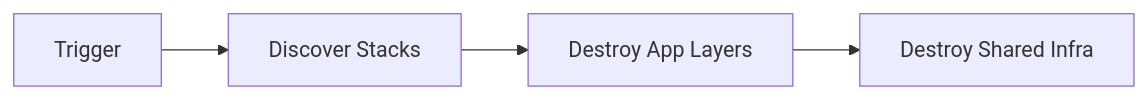
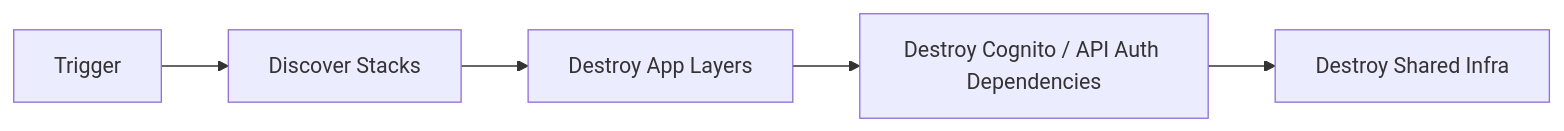
Before and after one commit to chrispsheehan/aws-serverless-github-deploy: the eighth of 8 diagrams in docs/ci/README.md, drawn with Mermaid. The commit also changed other lines of this file and 43 other files, not shown here.

First line of the commit message:
feat: api auth (#33)

````diff
--- a/docs/ci/README.md
+++ b/docs/ci/README.md
@@ -224,6 +252,7 @@
 ```mermaid
 flowchart LR
   trigger["Trigger"] --> discover["Discover Stacks"]
   discover --> app["Destroy App Layers"]
-  app --> shared["Destroy Shared Infra"]
+  app --> auth["Destroy Cognito / API Auth Dependencies"]
+  auth --> shared["Destroy Shared Infra"]
 ```
````
